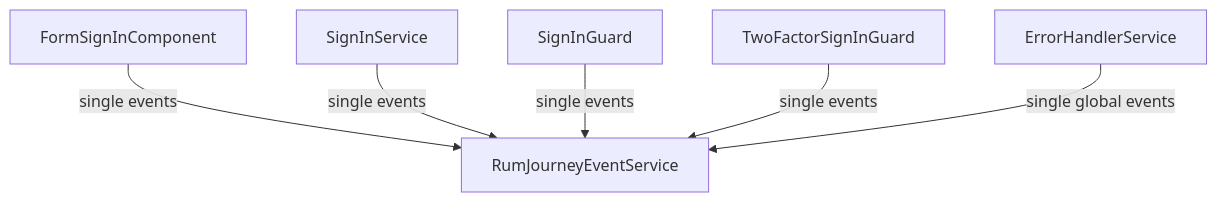
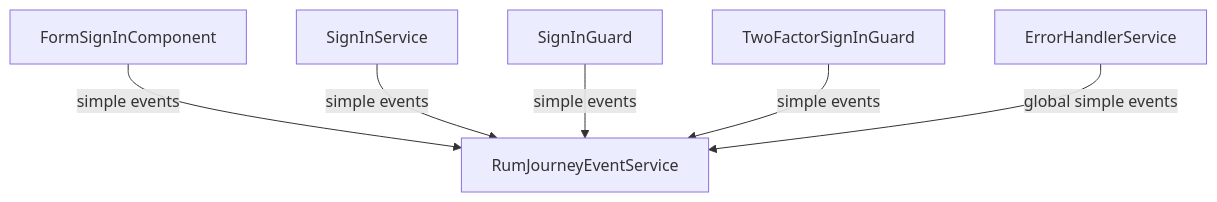
Before and after one commit to ORCID/orcid-angular: the diagram in src/app/rum/signin-observability.md, drawn with Mermaid. The commit also changed other lines of this file and 3 other files, not shown here.

````diff
--- a/src/app/rum/signin-observability.md
+++ b/src/app/rum/signin-observability.md
@@ -26,8 +26,8 @@
 ```mermaid
 flowchart TD
-  FormSignIn["FormSignInComponent"] -->|"single events"| RumService["RumJourneyEventService"]
-  SignInService["SignInService"] -->|"single events"| RumService
-  SignInGuard["SignInGuard"] -->|"single events"| RumService
-  TwoFactorGuard["TwoFactorSignInGuard"] -->|"single events"| RumService
-  ErrorHandlerService["ErrorHandlerService"] -->|"single global events"| RumService
+  FormSignIn["FormSignInComponent"] -->|"simple events"| RumService["RumJourneyEventService"]
+  SignInService["SignInService"] -->|"simple events"| RumService
+  SignInGuard["SignInGuard"] -->|"simple events"| RumService
+  TwoFactorGuard["TwoFactorSignInGuard"] -->|"simple events"| RumService
+  ErrorHandlerService["ErrorHandlerService"] -->|"global simple events"| RumService
 ```
````
